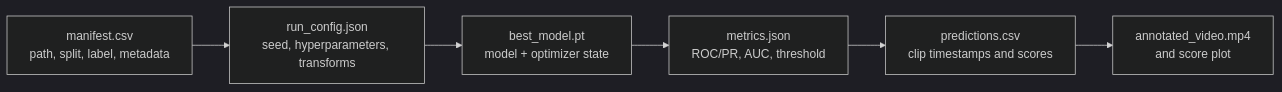
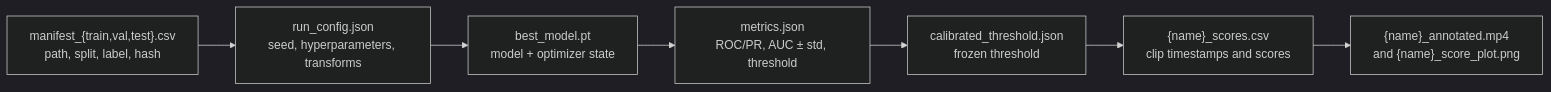
The third of 3 diagrams in SYSTEM_ARCHITECTURE.md (prathmeshchorghade-mits/Spatio-Temporal-Anomaly-Detection-in-Surveillance-Videos-Using-3D-CNNs), drawn with Mermaid (dark theme) before and after one commit. The commit also changed other lines of this file and 19 other files, not shown here.

Commit message:
Initial commit for Phase 1: Data pipeline and Model architecture

````diff
--- a/SYSTEM_ARCHITECTURE.md
+++ b/SYSTEM_ARCHITECTURE.md
@@ -108,8 +171,9 @@
 ```mermaid
 flowchart LR
-  MANIFEST[manifest.csv\npath, split, label, metadata] --> RUN[run_config.json\nseed, hyperparameters, transforms]
-  RUN --> CKPT[best_model.pt\nmodel + optimizer state]
-  CKPT --> EVAL[metrics.json\nROC/PR, AUC, threshold]
-  EVAL --> PRED[predictions.csv\nclip timestamps and scores]
-  PRED --> VIDEO[annotated_video.mp4\nand score plot]
+  MANIFEST["manifest_{train,val,test}.csv\npath, split, label, hash"] --> RUN["run_config.json\nseed, hyperparameters, transforms"]
+  RUN --> CKPT["best_model.pt\nmodel + optimizer state"]
+  CKPT --> EVAL["metrics.json\nROC/PR, AUC ± std, threshold"]
+  EVAL --> THRESH["calibrated_threshold.json\nfrozen threshold"]
+  THRESH --> PRED["{name}_scores.csv\nclip timestamps and scores"]
+  PRED --> VIDEO["{name}_annotated.mp4\nand {name}_score_plot.png"]
 ```
````
